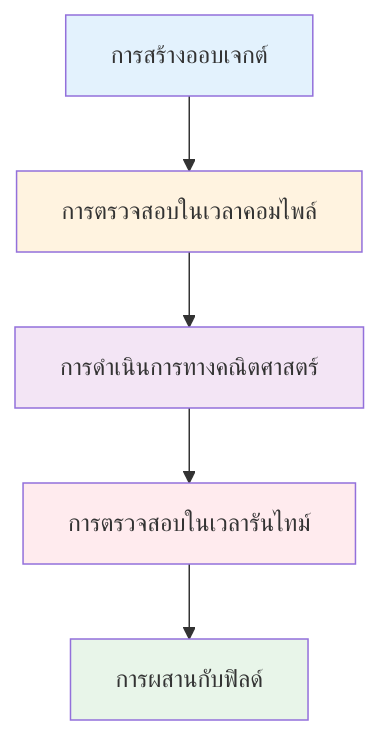
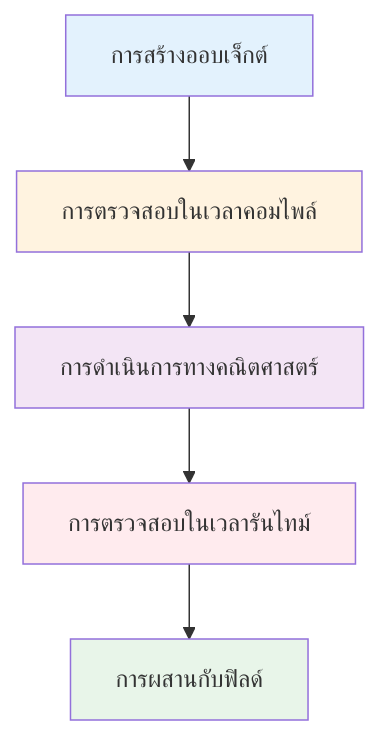
The second of 2 diagrams in MODULE_05_OPENFOAM_PROGRAMMING/CONTENT/12_DIMENSIONAL_ANALYSIS/02_DimensionSet_Advanced.md (wramet/build-my-cfd), drawn with Mermaid before and after one commit. The commit also changed other lines of this file and 2996 other files, not shown here.

````diff
--- a/MODULE_05_OPENFOAM_PROGRAMMING/CONTENT/12_DIMENSIONAL_ANALYSIS/02_DimensionSet_Advanced.md
+++ b/MODULE_05_OPENFOAM_PROGRAMMING/CONTENT/12_DIMENSIONAL_ANALYSIS/02_DimensionSet_Advanced.md
@@ -392,13 +578,13 @@
 ```mermaid
 flowchart TD
-    A[การสร้างออบเจกต์] --> B[การตรวจสอบในเวลาคอมไพล์]
+    A[การสร้างออบเจ็กต์] --> B[การตรวจสอบในเวลาคอมไพล์]
     B --> C[การดำเนินการทางคณิตศาสตร์]
     C --> D[การตรวจสอบในเวลารันไทม์]
     D --> E[การผสานกับฟิลด์]
 
     style A fill:#e3f2fd
     style B fill:#fff3e0
     style C fill:#f3e5f5
     style D fill:#ffebee
     style E fill:#e8f5e9
 ```
````
